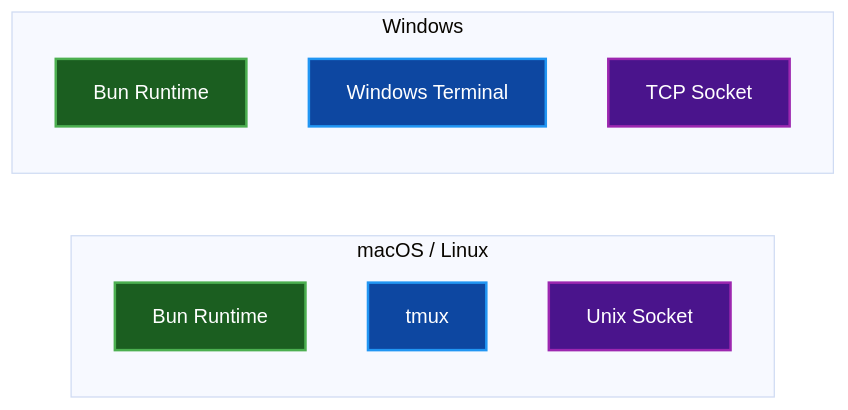
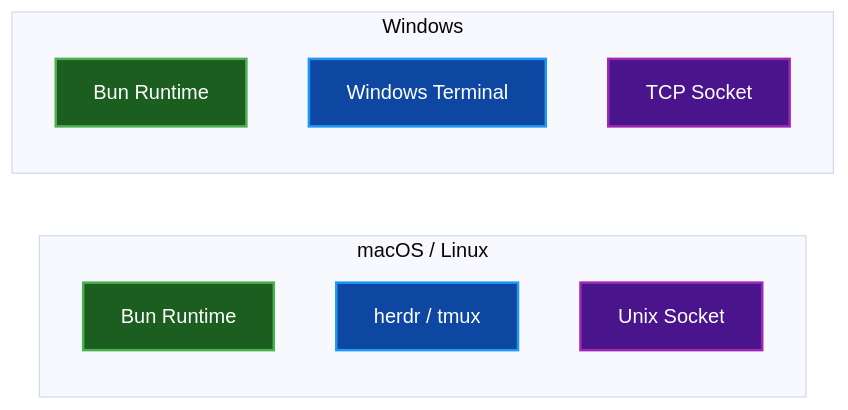
One commit to paulrobello/claude-canvas changed the third of 8 diagrams in docs/ARCHITECTURE.md. Above: the diagram before and after it, drawn with Mermaid (base theme). The commit also changed other lines of this file and 9 other files, not shown here.

First line of the commit message:
feat(terminal): add herdr backend (preferred), keep tmux

````diff
--- a/docs/ARCHITECTURE.md
+++ b/docs/ARCHITECTURE.md
@@ -213,21 +213,21 @@
 ```mermaid
 graph LR
     subgraph "macOS / Linux"
         Bun1[Bun Runtime]
-        tmux1[tmux]
+        herdr_tmux1[herdr / tmux]
         Unix[Unix Socket]
     end
 
     subgraph "Windows"
         Bun2[Bun Runtime]
         WT[Windows Terminal]
         TCP[TCP Socket]
     end
 
     style Bun1 fill:#1b5e20,stroke:#4caf50,stroke-width:2px,color:#ffffff
-    style tmux1 fill:#0d47a1,stroke:#2196f3,stroke-width:2px,color:#ffffff
+    style herdr_tmux1 fill:#0d47a1,stroke:#2196f3,stroke-width:2px,color:#ffffff
     style Unix fill:#4a148c,stroke:#9c27b0,stroke-width:2px,color:#ffffff
     style Bun2 fill:#1b5e20,stroke:#4caf50,stroke-width:2px,color:#ffffff
     style WT fill:#0d47a1,stroke:#2196f3,stroke-width:2px,color:#ffffff
     style TCP fill:#4a148c,stroke:#9c27b0,stroke-width:2px,color:#ffffff
 ```
````
